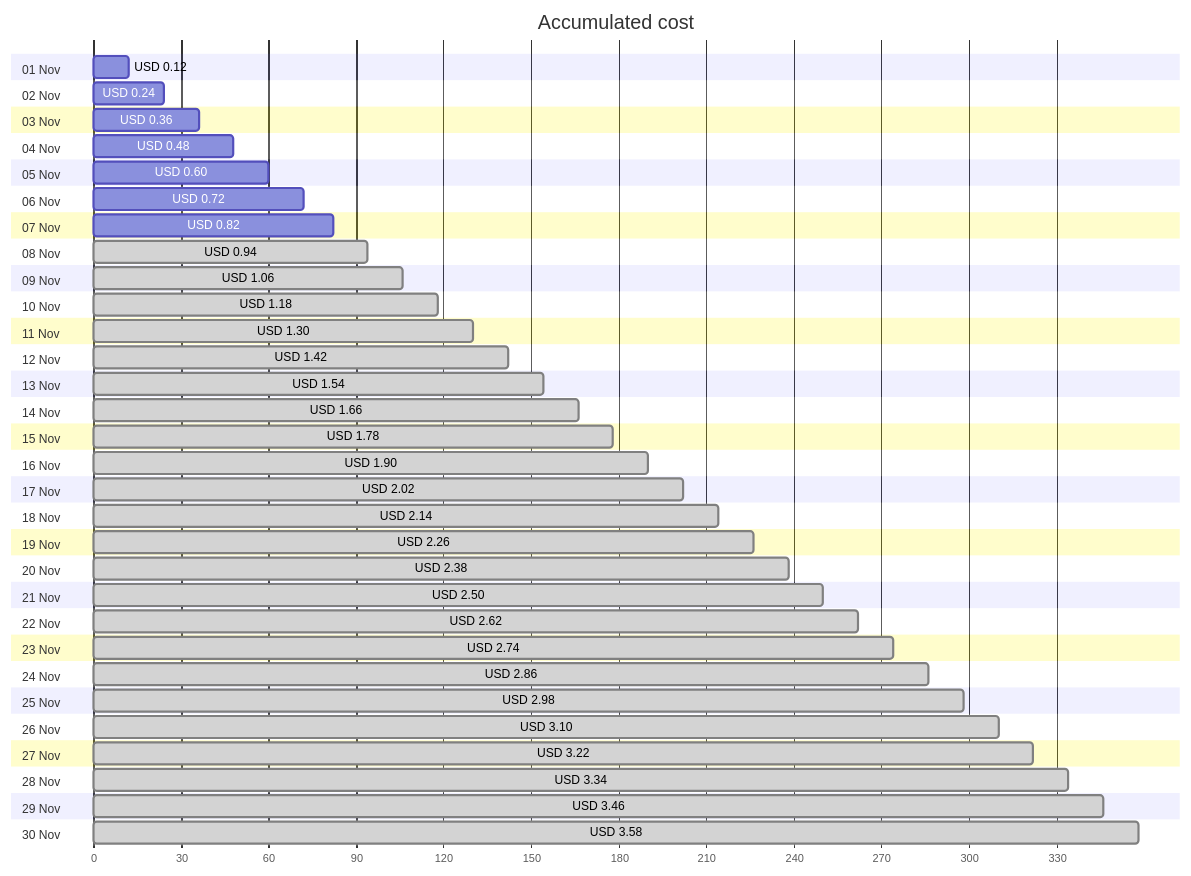
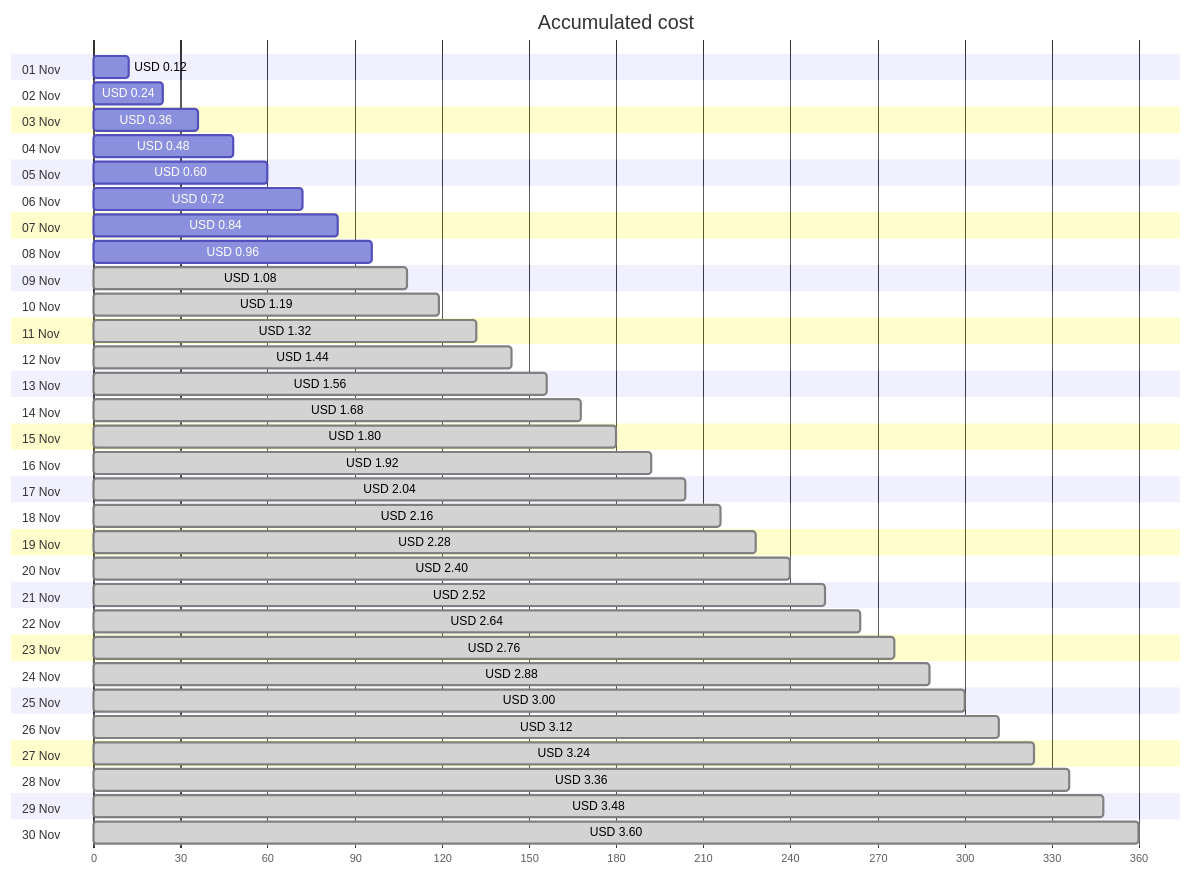
Before and after one commit to jpfulton/azure-personal-reports: the first of 4 diagrams in cost-reports/personal-network/backup-server-public-ip.md, drawn with Mermaid. The commit also changed other lines of this file and 8 other files, not shown here.

````diff
--- a/cost-reports/personal-network/backup-server-public-ip.md
+++ b/cost-reports/personal-network/backup-server-public-ip.md
@@ -20,66 +20,66 @@
 ```mermaid
 gantt
    title Accumulated cost
    dateFormat  X
    axisFormat %s
    section 01 Nov
    USD 0.12 :0, 12
    section 02 Nov
    USD 0.24 :0, 24
    section 03 Nov
    USD 0.36 :0, 36
    section 04 Nov
    USD 0.48 :0, 48
    section 05 Nov
    USD 0.60 :0, 60
    section 06 Nov
    USD 0.72 :0, 72
    section 07 Nov
-   USD 0.82 :0, 82
+   USD 0.84 :0, 84
    section 08 Nov
-   USD 0.94 : done, 0, 94
+   USD 0.96 :0, 96
    section 09 Nov
-   USD 1.06 : done, 0, 106
+   USD 1.08 : done, 0, 108
    section 10 Nov
-   USD 1.18 : done, 0, 118
+   USD 1.19 : done, 0, 119
    section 11 Nov
-   USD 1.30 : done, 0, 130
+   USD 1.32 : done, 0, 132
    section 12 Nov
-   USD 1.42 : done, 0, 142
+   USD 1.44 : done, 0, 144
    section 13 Nov
-   USD 1.54 : done, 0, 154
+   USD 1.56 : done, 0, 156
    section 14 Nov
-   USD 1.66 : done, 0, 166
+   USD 1.68 : done, 0, 168
    section 15 Nov
-   USD 1.78 : done, 0, 178
+   USD 1.80 : done, 0, 180
    section 16 Nov
-   USD 1.90 : done, 0, 190
+   USD 1.92 : done, 0, 192
    section 17 Nov
-   USD 2.02 : done, 0, 202
+   USD 2.04 : done, 0, 204
    section 18 Nov
-   USD 2.14 : done, 0, 214
+   USD 2.16 : done, 0, 216
    section 19 Nov
-   USD 2.26 : done, 0, 226
+   USD 2.28 : done, 0, 228
    section 20 Nov
-   USD 2.38 : done, 0, 238
+   USD 2.40 : done, 0, 240
    section 21 Nov
-   USD 2.50 : done, 0, 250
+   USD 2.52 : done, 0, 252
    section 22 Nov
-   USD 2.62 : done, 0, 262
+   USD 2.64 : done, 0, 264
    section 23 Nov
-   USD 2.74 : done, 0, 274
+   USD 2.76 : done, 0, 276
    section 24 Nov
-   USD 2.86 : done, 0, 286
+   USD 2.88 : done, 0, 288
    section 25 Nov
-   USD 2.98 : done, 0, 298
+   USD 3.00 : done, 0, 300
    section 26 Nov
-   USD 3.10 : done, 0, 310
+   USD 3.12 : done, 0, 312
    section 27 Nov
-   USD 3.22 : done, 0, 322
+   USD 3.24 : done, 0, 324
    section 28 Nov
-   USD 3.34 : done, 0, 334
+   USD 3.36 : done, 0, 336
    section 29 Nov
-   USD 3.46 : done, 0, 346
+   USD 3.48 : done, 0, 348
    section 30 Nov
-   USD 3.58 : done, 0, 358
+   USD 3.60 : done, 0, 360
 ```
````
